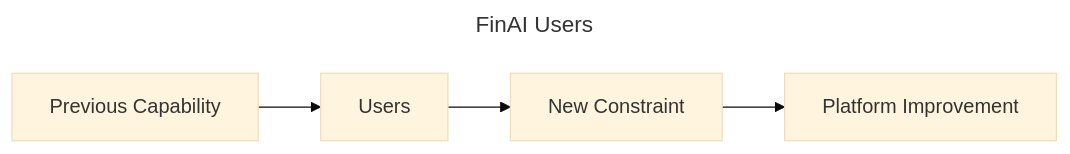
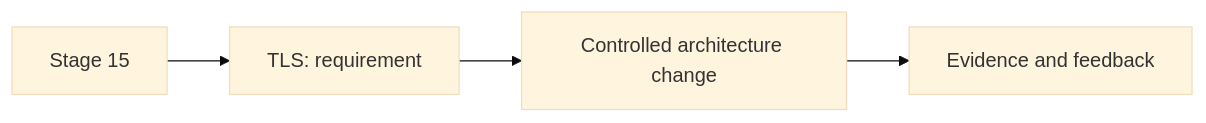
Diagram 16 of 30 in docs/journey/index.md (m1mohamad/devops-sre-prep), drawn with Mermaid (base theme) before and after one commit. The commit also changed other lines of this file and 100 other files, not shown here.

````diff
--- a/docs/journey/index.md
+++ b/docs/journey/index.md
@@ -189,7 +322,6 @@
 ```mermaid
----
-title: FinAI Users
----
 flowchart LR
-  A[Previous Capability] --> B[Users] --> C[New Constraint] --> D[Platform Improvement]
+  S16[Stage 15] --> R16[TLS: requirement]
+  R16 --> C16[Controlled architecture change]
+  C16 --> E16[Evidence and feedback]
 ```
````
